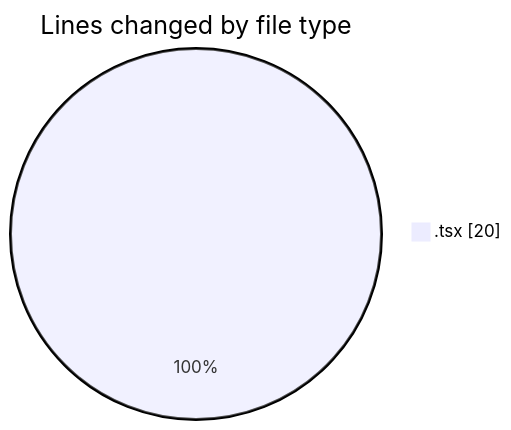
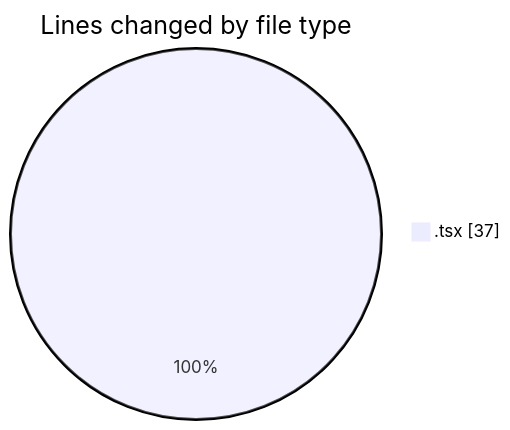
One commit to robertbonfada/code-tracking changed the first of 2 diagrams in 2025-02-04/mbc-web/README.md. Above: the diagram before and after it, drawn with Mermaid. The commit also changed other lines of this file and 1 other file, not shown here.

````diff
--- a/2025-02-04/mbc-web/README.md
+++ b/2025-02-04/mbc-web/README.md
@@ -20,5 +21,5 @@
 ```mermaid
 pie showData
 title Lines changed by file type
-".tsx" : 20
+".tsx" : 37
 ```
````
